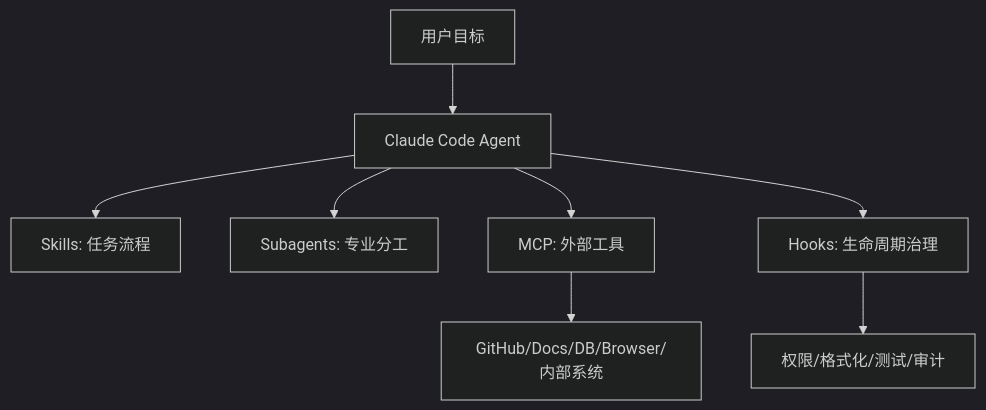
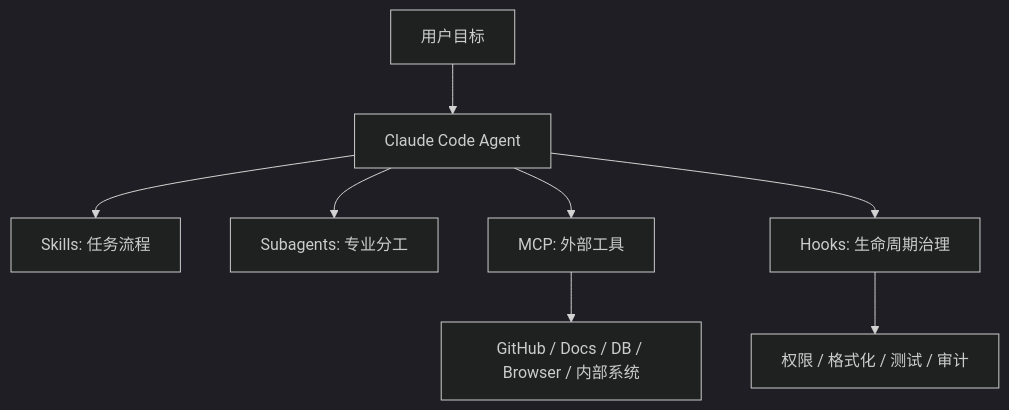
The diagram in 10-AI应用开发/09-标杆产品拆解/Claude-Code/04-Claude-Code工具系统-MCP-Hooks-Subagents-Skills.md (GuoWWWX/knowledge-base), drawn with Mermaid (dark theme) before and after one commit. The commit also changed other lines of this file and 251 other files, not shown here.

````diff
--- a/10-AI应用开发/09-标杆产品拆解/Claude-Code/04-Claude-Code工具系统-MCP-Hooks-Subagents-Skills.md
+++ b/10-AI应用开发/09-标杆产品拆解/Claude-Code/04-Claude-Code工具系统-MCP-Hooks-Subagents-Skills.md
@@ -72,10 +74,10 @@
 ```mermaid
 flowchart TD
-    A[用户目标] --> B[Claude Code Agent]
-    B --> C[Skills: 任务流程]
-    B --> D[Subagents: 专业分工]
-    B --> E[MCP: 外部工具]
-    B --> F[Hooks: 生命周期治理]
-    E --> G[GitHub/Docs/DB/Browser/内部系统]
-    F --> H[权限/格式化/测试/审计]
+    A["用户目标"] --> B["Claude Code Agent"]
+    B --> C["Skills: 任务流程"]
+    B --> D["Subagents: 专业分工"]
+    B --> E["MCP: 外部工具"]
+    B --> F["Hooks: 生命周期治理"]
+    E --> G["GitHub / Docs / DB / Browser / 内部系统"]
+    F --> H["权限 / 格式化 / 测试 / 审计"]
 ```
````
